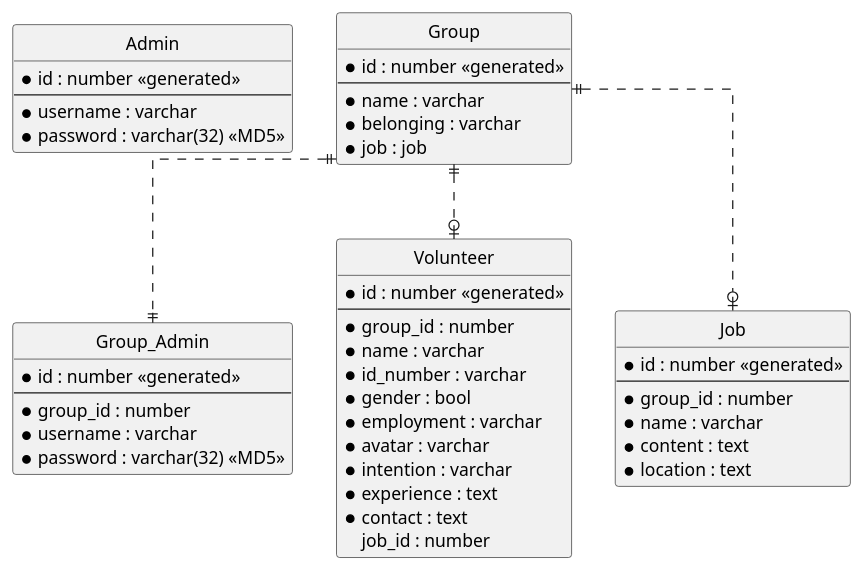
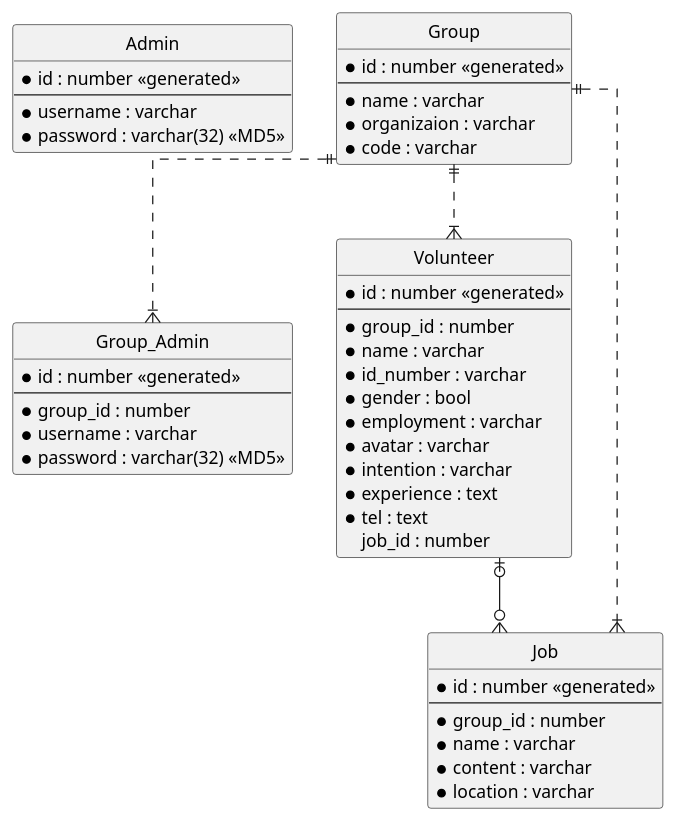
Before and after one commit to dump-time/games-admin-server: the diagram in doc/er.puml, drawn with PlantUML.

Commit message:
Update some entities' attributions

```diff
--- a/doc/er.puml
+++ b/doc/er.puml
@@ -1,64 +1,65 @@
-@startuml
+@startuml database_er
 ' hide the spot
 hide circle
 
 ' avoid problems with angled crows feet
 skinparam linetype ortho
 
 ' 平台管理员
 entity "Admin" as a1 {
     * id : number <<generated>>
     ---
     * username : varchar
     * password : varchar(32) <<MD5>>
 }
 
 ' 团队管理员
 entity "Group_Admin" as a2  {
         * id : number <<generated>>
         ---
         * group_id : number
         * username : varchar
         * password : varchar(32) <<MD5>>
 }
 
 ' 团队
 entity "Group" as g {
     * id : number <<generated>>
     ---
     * name : varchar
-    * belonging : varchar
-    * job : job
+    * organizaion : varchar
+    * code : varchar
 }
 
 ' 志愿者
 entity "Volunteer" as v {
     * id : number <<generated>>
     ---
     * group_id : number
     * name : varchar
     * id_number : varchar
     * gender : bool
     * employment : varchar
     * avatar : varchar
     * intention : varchar
     * experience : text
-    * contact : text
+    * tel : text
     job_id : number
 }
 
 ' 岗位
 entity "Job" as j {
     * id : number <<generated>>
     ---
     * group_id : number
     * name : varchar
-    * content : text
-    * location : text
+    * content : varchar
+    * location : varchar
 }
 
-g ||..|| a2
-g ||..o| v
-g ||..o| j
-
+g ||..|{ a2
+g ||..|{ v
+g ||..|{ j
+v |o--o{ j
+'
 @enduml
```
